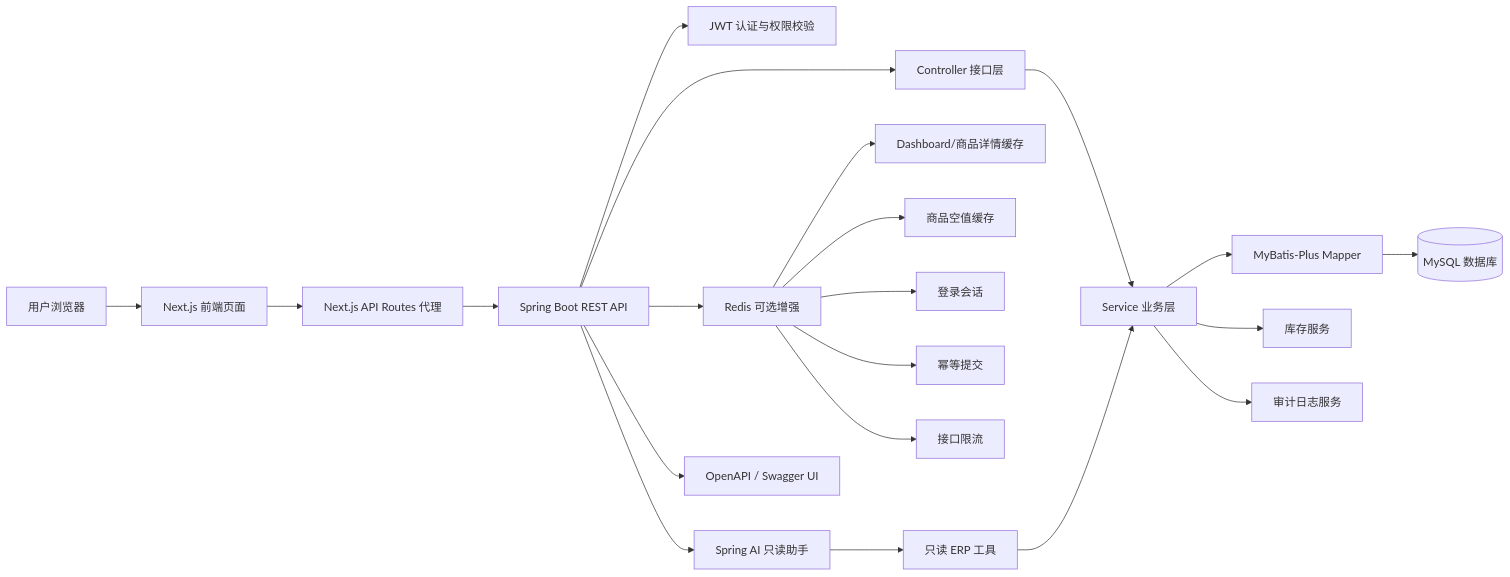
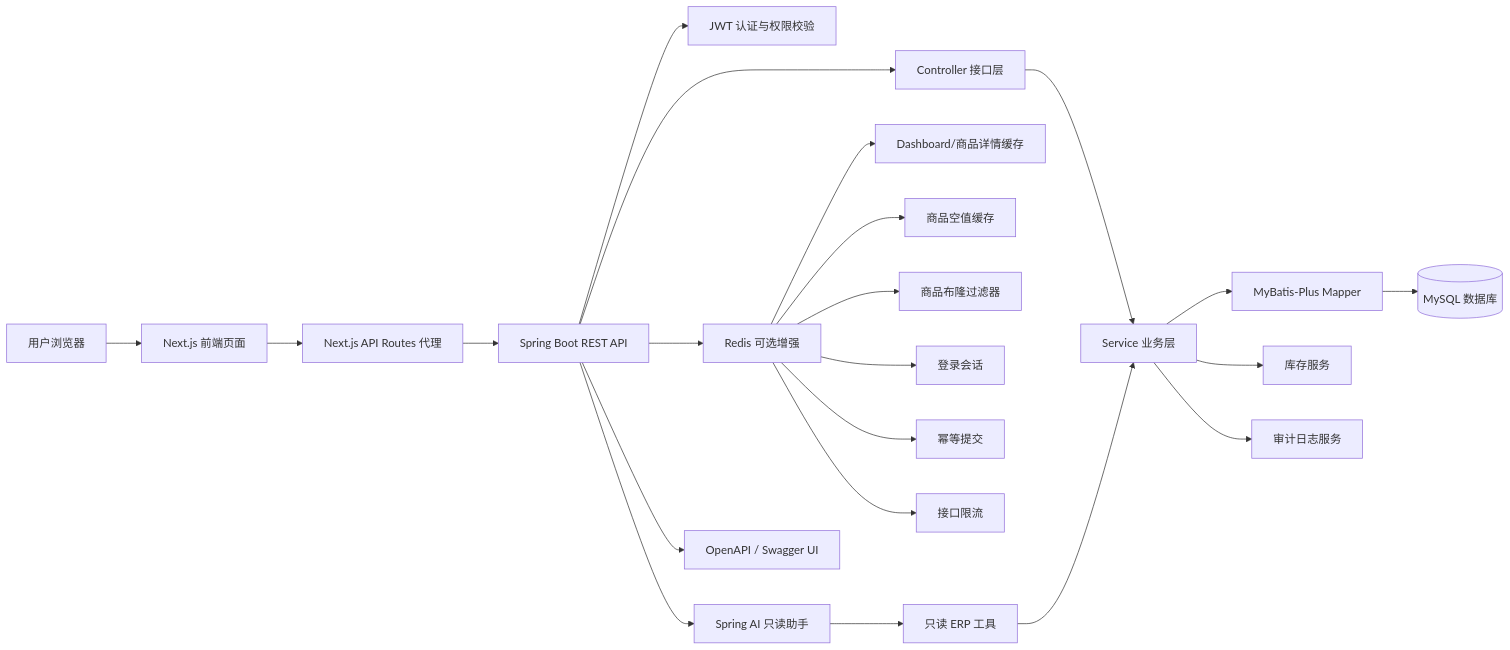
Before and after one commit to JiangLige/AsterFlow-ERP: the first of 3 diagrams in docs/ARCHITECTURE.md, drawn with Mermaid. The commit also changed other lines of this file and 19 other files, not shown here.

````diff
--- a/docs/ARCHITECTURE.md
+++ b/docs/ARCHITECTURE.md
@@ -46,26 +46,27 @@
 ```mermaid
 flowchart LR
     Browser["用户浏览器"] --> Frontend["Next.js 前端页面"]
     Frontend --> ApiProxy["Next.js API Routes 代理"]
     ApiProxy --> Backend["Spring Boot REST API"]
 
     Backend --> Auth["JWT 认证与权限校验"]
     Backend --> Controller["Controller 接口层"]
     Controller --> Service["Service 业务层"]
     Service --> Mapper["MyBatis-Plus Mapper"]
     Mapper --> Database[("MySQL 数据库")]
 
     Service --> Inventory["库存服务"]
     Service --> Audit["审计日志服务"]
     Backend --> Redis["Redis 可选增强"]
     Backend --> AI["Spring AI 只读助手"]
     Backend --> OpenApi["OpenAPI / Swagger UI"]
 
     Redis --> Cache["Dashboard/商品详情缓存"]
     Redis --> NullCache["商品空值缓存"]
+    Redis --> Bloom["商品布隆过滤器"]
     Redis --> Session["登录会话"]
     Redis --> Idempotency["幂等提交"]
     Redis --> RateLimit["接口限流"]
     AI --> Tools["只读 ERP 工具"]
     Tools --> Service
 ```
````
